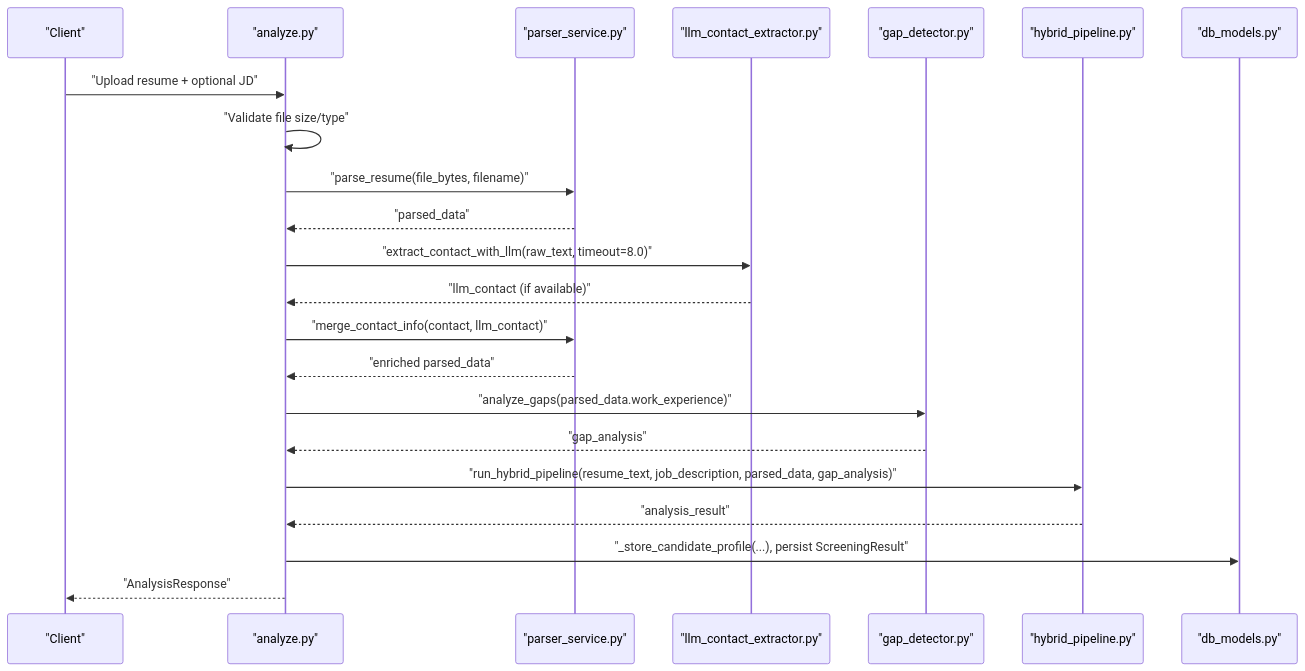
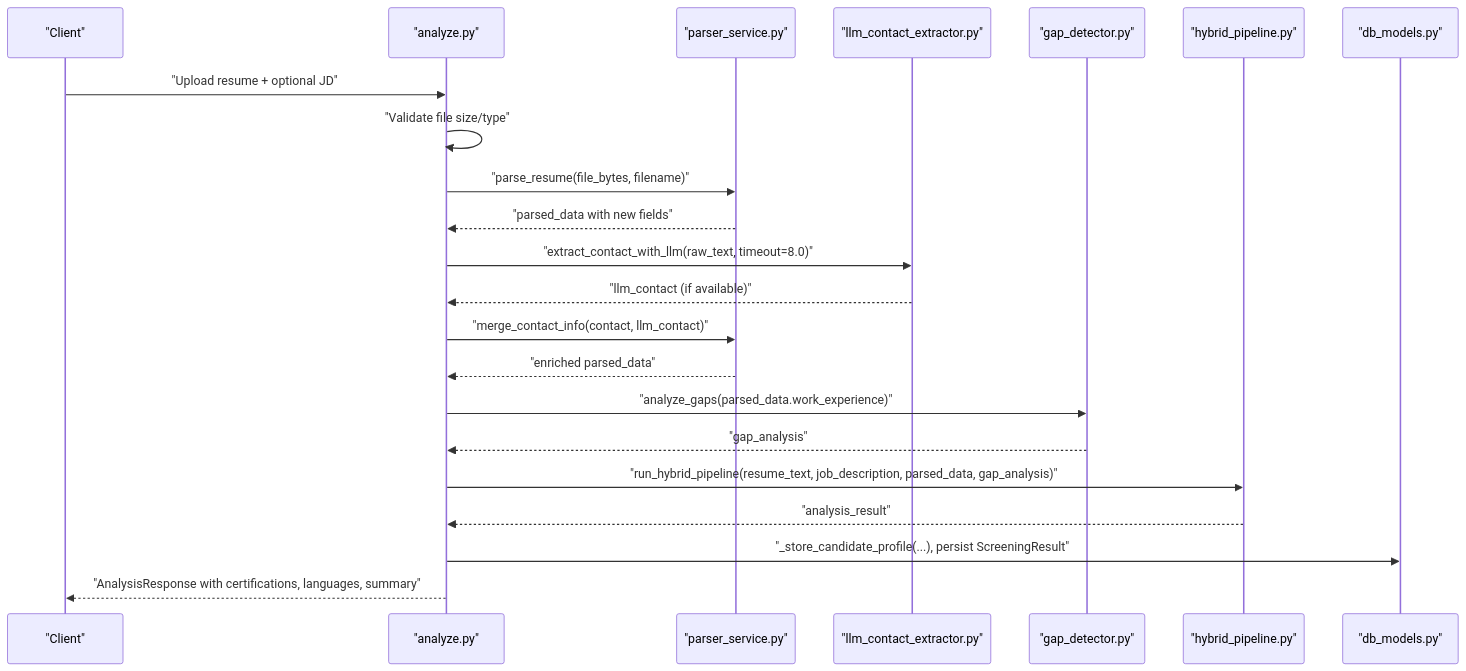
The second of 12 diagrams in .qoder/repowiki/en/content/Candidate Management/Resume Parsing and Extraction.md (Revanththetalogics/aireume), drawn with Mermaid before and after one commit. The commit also changed other lines of this file and 41 other files, not shown here.

````diff
--- a/.qoder/repowiki/en/content/Candidate Management/Resume Parsing and Extraction.md
+++ b/.qoder/repowiki/en/content/Candidate Management/Resume Parsing and Extraction.md
@@ -123,24 +128,24 @@
 ```mermaid
 sequenceDiagram
 participant Client as "Client"
 participant Route as "analyze.py"
 participant Parser as "parser_service.py"
 participant LLM as "llm_contact_extractor.py"
 participant Gap as "gap_detector.py"
 participant Hybrid as "hybrid_pipeline.py"
 participant DB as "db_models.py"
 Client->>Route : "Upload resume + optional JD"
 Route->>Route : "Validate file size/type"
 Route->>Parser : "parse_resume(file_bytes, filename)"
-Parser-->>Route : "parsed_data"
+Parser-->>Route : "parsed_data with new fields"
 Route->>LLM : "extract_contact_with_llm(raw_text, timeout=8.0)"
 LLM-->>Route : "llm_contact (if available)"
 Route->>Parser : "merge_contact_info(contact, llm_contact)"
 Parser-->>Route : "enriched parsed_data"
 Route->>Gap : "analyze_gaps(parsed_data.work_experience)"
 Gap-->>Route : "gap_analysis"
 Route->>Hybrid : "run_hybrid_pipeline(resume_text, job_description, parsed_data, gap_analysis)"
 Hybrid-->>Route : "analysis_result"
 Route->>DB : "_store_candidate_profile(...), persist ScreeningResult"
-Route-->>Client : "AnalysisResponse"
+Route-->>Client : "AnalysisResponse with certifications, languages, summary"
 ```
````
